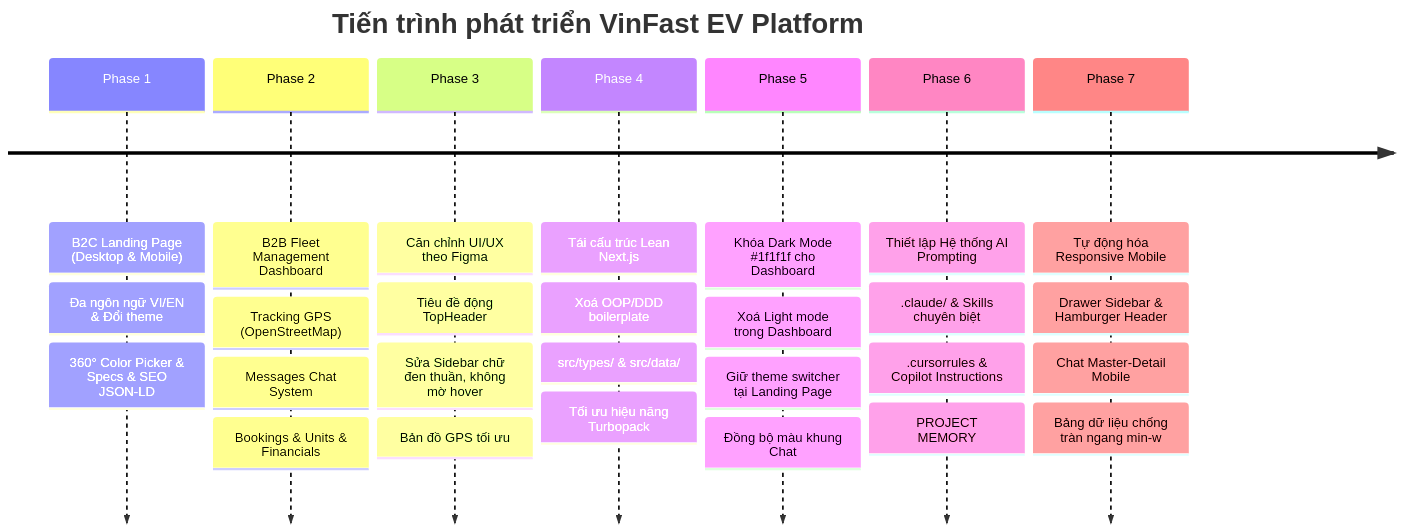
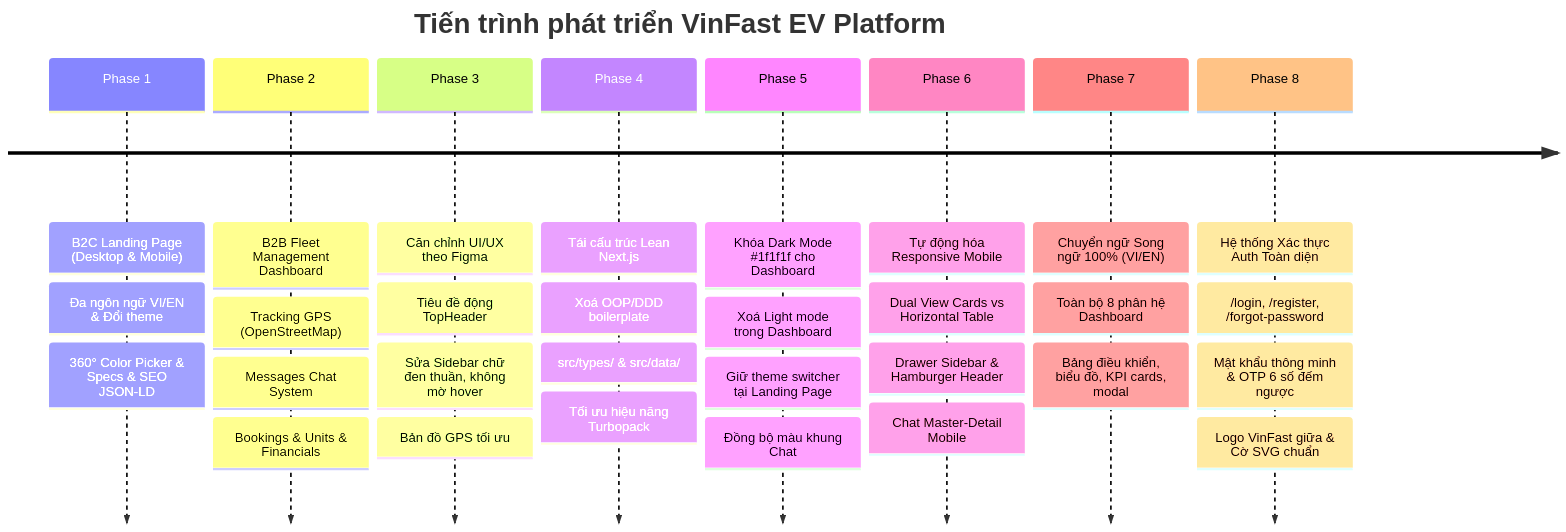
Before and after one commit to KaitoDeus/VinFast-EV-Platform: the diagram in .claude/MEMORY.md, drawn with Mermaid. The commit also changed other lines of this file and 4 other files, not shown here.

Commit message:
docs: add comprehensive Frontend & Java Backend specifications and update project roadmap

````diff
--- a/.claude/MEMORY.md
+++ b/.claude/MEMORY.md
@@ -17,11 +18,12 @@
 ```mermaid
 timeline
     title Tiến trình phát triển VinFast EV Platform
     Phase 1 : B2C Landing Page (Desktop & Mobile) : Đa ngôn ngữ VI/EN & Đổi theme : 360° Color Picker & Specs & SEO JSON-LD
     Phase 2 : B2B Fleet Management Dashboard : Tracking GPS (OpenStreetMap) : Messages Chat System : Bookings & Units & Financials
     Phase 3 : Căn chỉnh UI/UX theo Figma : Tiêu đề động TopHeader : Sửa Sidebar chữ đen thuần, không mờ hover : Bản đồ GPS tối ưu
     Phase 4 : Tái cấu trúc Lean Next.js : Xoá OOP/DDD boilerplate : src/types/ & src/data/ : Tối ưu hiệu năng Turbopack
     Phase 5 : Khóa Dark Mode #1f1f1f cho Dashboard : Xoá Light mode trong Dashboard : Giữ theme switcher tại Landing Page : Đồng bộ màu khung Chat
-    Phase 6 : Thiết lập Hệ thống AI Prompting : .claude/ & Skills chuyên biệt : .cursorrules & Copilot Instructions : PROJECT MEMORY
-    Phase 7 : Tự động hóa Responsive Mobile : Drawer Sidebar & Hamburger Header : Chat Master-Detail Mobile : Bảng dữ liệu chống tràn ngang min-w
+    Phase 6 : Tự động hóa Responsive Mobile : Dual View Cards vs Horizontal Table : Drawer Sidebar & Hamburger Header : Chat Master-Detail Mobile
+    Phase 7 : Chuyển ngữ Song ngữ 100% (VI/EN) : Toàn bộ 8 phân hệ Dashboard : Bảng điều khiển, biểu đồ, KPI cards, modal
+    Phase 8 : Hệ thống Xác thực Auth Toàn diện : /login, /register, /forgot-password : Mật khẩu thông minh & OTP 6 số đếm ngược : Logo VinFast giữa & Cờ SVG chuẩn
 ```
````
